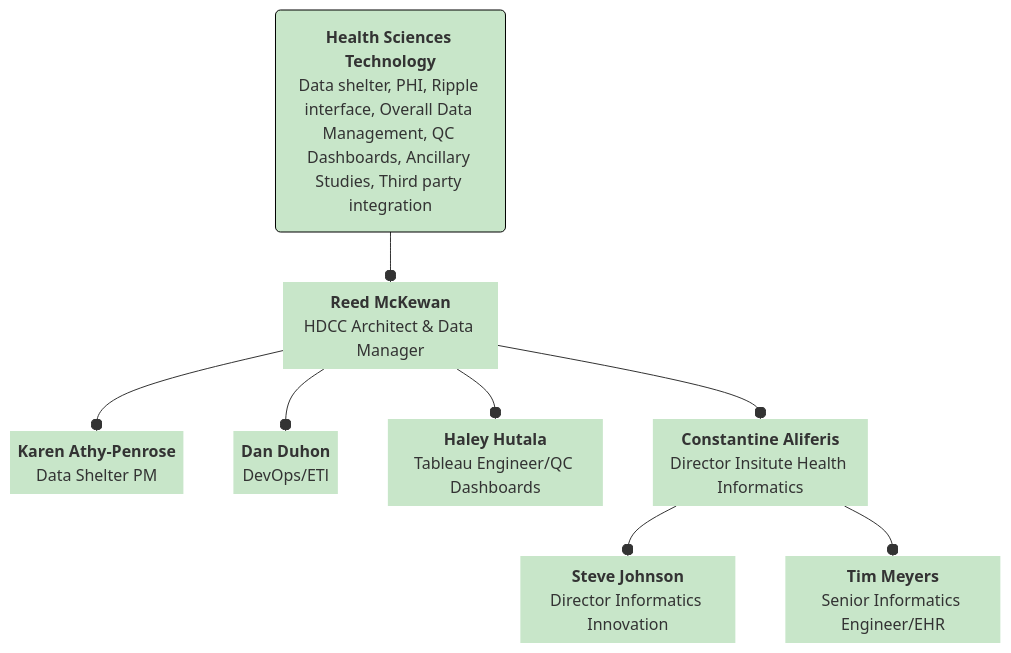
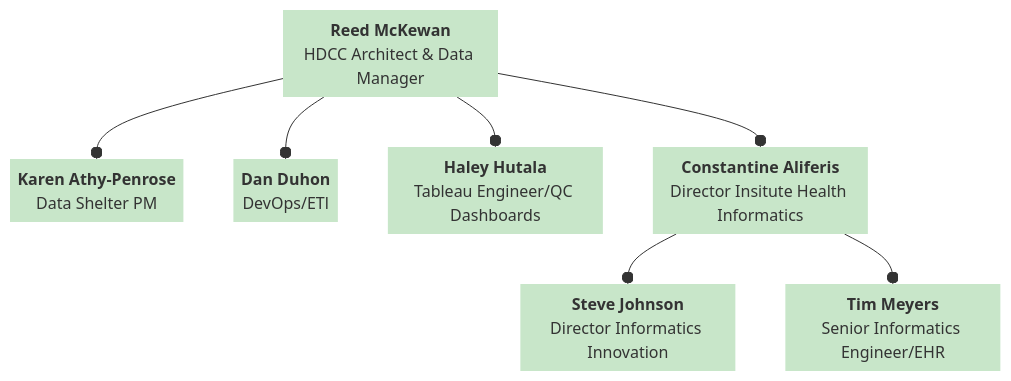
Before and after one commit to DCAN-Labs/hbcd-docs-internal: the fourth of 6 diagrams in docs/orgcharts.md, drawn with Mermaid. The commit also changed other lines of this file, not shown here.

````diff
--- a/docs/orgcharts.md
+++ b/docs/orgcharts.md
@@ -305,26 +306,23 @@
 ```mermaid
 ---
 config:
   layout: dagre
 ---
 flowchart TB
-    A["<b>Health Sciences Technology</b><br>Data shelter, PHI, Ripple interface, Overall Data Management, QC Dashboards, Ancillary Studies, Third party integration"] --o B["<b>Reed McKewan</b><br>HDCC Architect &amp; Data Manager"]
-    B --o E["<b>Karen Athy-Penrose</b><br>Data Shelter PM"] & F["<b>Dan Duhon</b><br>DevOps/ETl"] & G["<b>Haley Hutala</b><br>Tableau Engineer/QC Dashboards"] & H["<b>Constantine Aliferis</b><br>Director Insitute Health Informatics"]
+    B["<b>Reed McKewan</b><br>HDCC Architect &amp; Data Manager"] --o E["<b>Karen Athy-Penrose</b><br>Data Shelter PM"] & F["<b>Dan Duhon</b><br>DevOps/ETl"] & G["<b>Haley Hutala</b><br>Tableau Engineer/QC Dashboards"] & H["<b>Constantine Aliferis</b><br>Director Insitute Health Informatics"]
     H --o I["<b>Steve Johnson</b><br>Director Informatics Innovation"] & J["<b>Tim Meyers</b><br>Senior Informatics Engineer/EHR"]
-    A@{ shape: rounded}
     B@{ shape: text}
     E@{ shape: text}
     F@{ shape: text}
     G@{ shape: text}
     H@{ shape: text}
     I@{ shape: text}
     J@{ shape: text}
-    style A fill:#C8E6C9,stroke:#000000
     style B fill:#C8E6C9,stroke-width:2px,stroke-dasharray: 0,stroke:none
     style E fill:#C8E6C9
     style F fill:#C8E6C9
     style G fill:#C8E6C9
     style H fill:#C8E6C9
     style I fill:#C8E6C9
     style J fill:#C8E6C9
 ```
````
